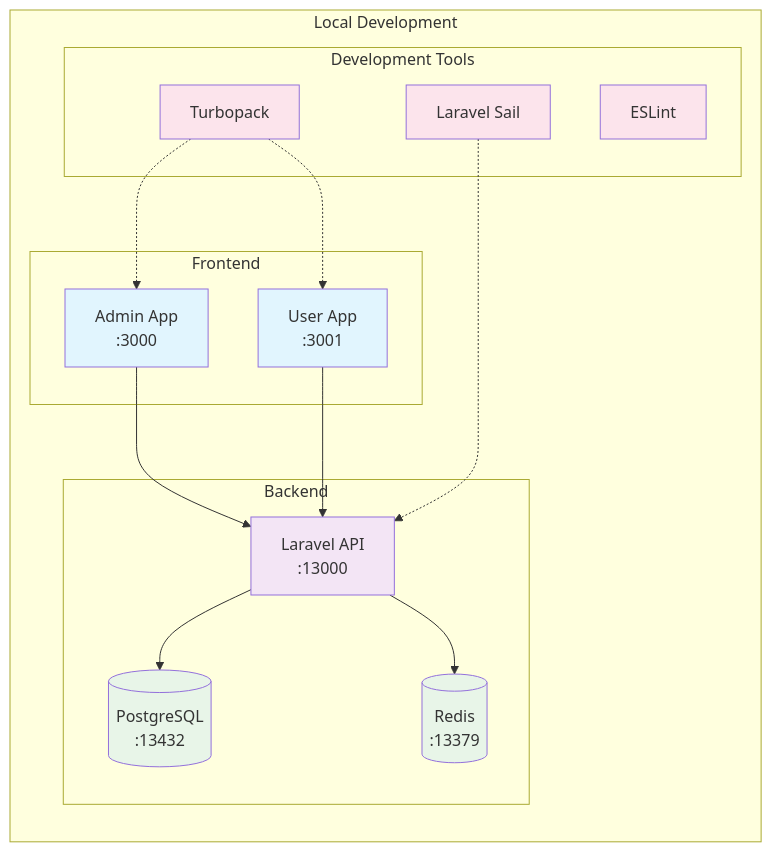
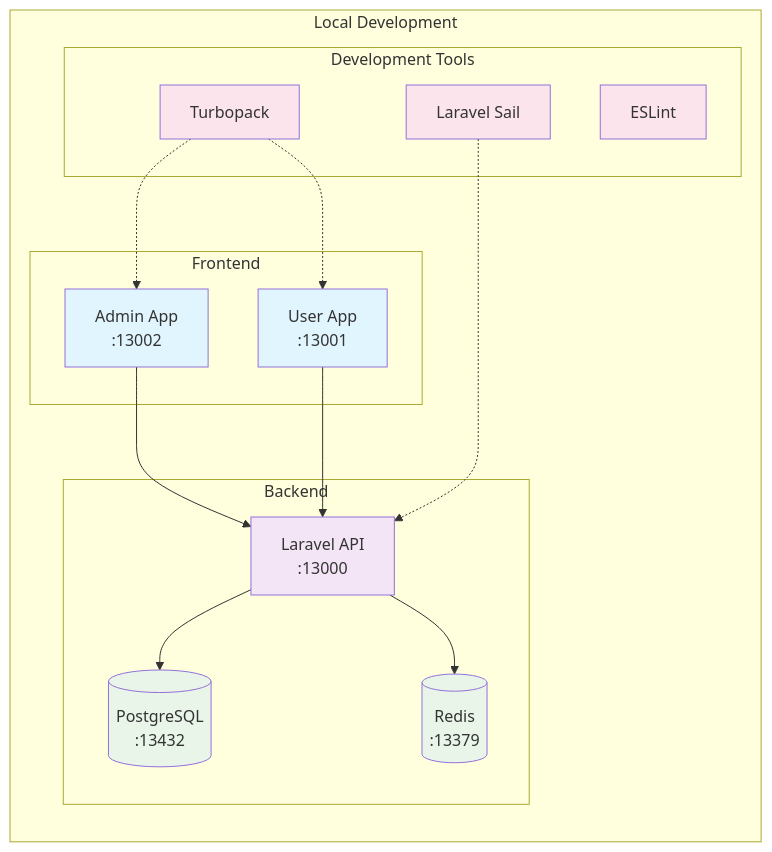
Before and after one commit to ef-tech/laravel-next-b2c: the second of 2 diagrams in README.md, drawn with Mermaid. The commit also changed other lines of this file and 2 other files, not shown here.

````diff
--- a/README.md
+++ b/README.md
@@ -164,40 +164,40 @@
 ```mermaid
 graph LR
     subgraph "Local Development"
         subgraph "Frontend"
-            Admin[Admin App<br/>:3000]
-            User[User App<br/>:3001]
+            Admin[Admin App<br/>:13002]
+            User[User App<br/>:13001]
         end
 
         subgraph "Backend"
             API[Laravel API<br/>:13000]
             DB[(PostgreSQL<br/>:13432)]
             Redis[(Redis<br/>:13379)]
         end
 
         subgraph "Development Tools"
             Turbopack[Turbopack]
             ESLint[ESLint]
             Sail[Laravel Sail]
         end
     end
 
     Admin --> API
     User --> API
     API --> DB
     API --> Redis
 
     Turbopack -.-> Admin
     Turbopack -.-> User
     Sail -.-> API
 
     classDef frontend fill:#e1f5fe
     classDef backend fill:#f3e5f5
     classDef database fill:#e8f5e8
     classDef tools fill:#fce4ec
 
     class Admin,User frontend
     class API backend
     class DB,Redis database
     class Vite,Turbopack,ESLint,Sail tools
 ```
````
